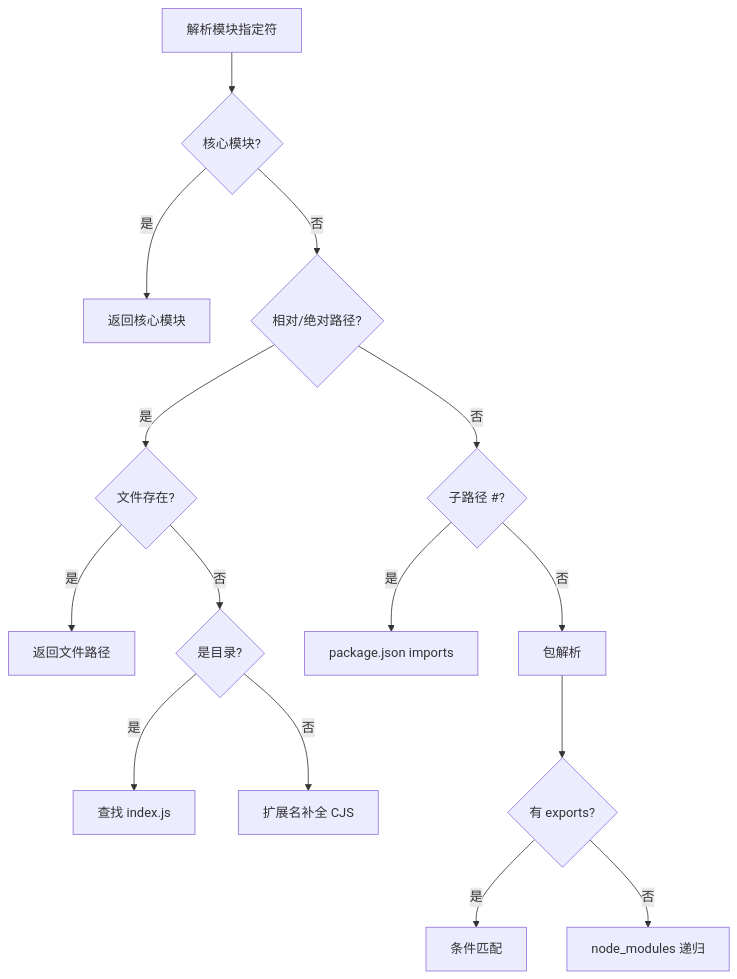
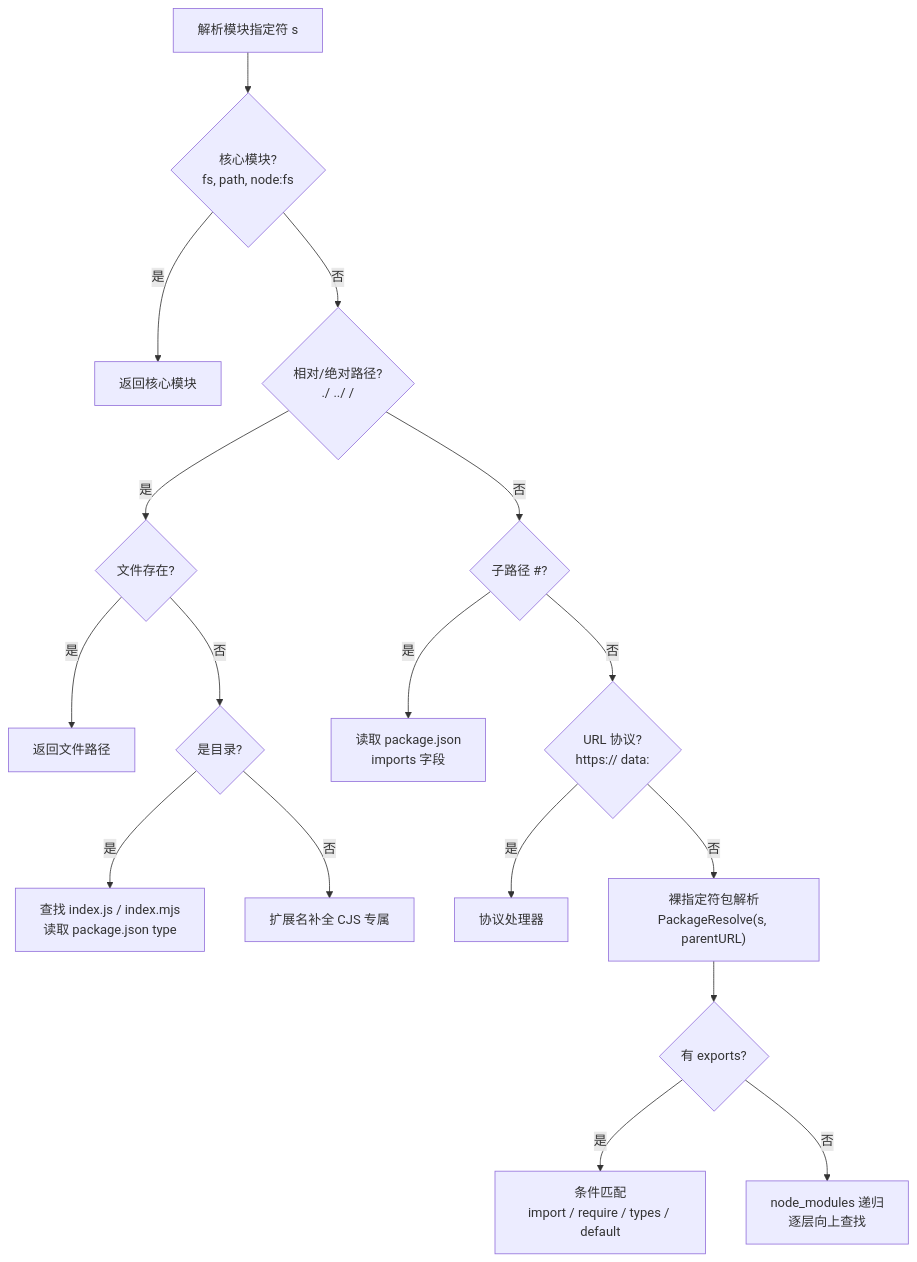
The fourth of 5 diagrams in 10-fundamentals/10.4-module-system/code-examples/05-module-resolution.md (AdaMartin18010/JavaScriptTypeScript), drawn with Mermaid before and after one commit. The commit also changed other lines of this file and 217 other files, not shown here.

````diff
--- a/10-fundamentals/10.4-module-system/code-examples/05-module-resolution.md
+++ b/10-fundamentals/10.4-module-system/code-examples/05-module-resolution.md
@@ -432,20 +907,22 @@
 ```mermaid
 graph TD
-    Start["解析模块指定符"] --> IsCore{"核心模块?"}
+    Start["解析模块指定符 s"] --> IsCore{"核心模块?<br/>fs, path, node:fs"}
     IsCore -->|是| Core["返回核心模块"]
-    IsCore -->|否| IsRelative{"相对/绝对路径?"}
+    IsCore -->|否| IsRelative{"相对/绝对路径?<br/>./ ../ /"}
 
     IsRelative -->|是| FileCheck{"文件存在?"}
     FileCheck -->|是| ReturnFile["返回文件路径"]
     FileCheck -->|否| DirCheck{"是目录?"}
-    DirCheck -->|是| IndexCheck["查找 index.js"]
-    DirCheck -->|否| ExtCheck["扩展名补全 CJS"]
+    DirCheck -->|是| IndexCheck["查找 index.js / index.mjs<br/>读取 package.json type"]
+    DirCheck -->|否| ExtCheck["扩展名补全 CJS 专属"]
 
     IsRelative -->|否| IsInternal{"子路径 #?"}
-    IsInternal -->|是| ImportsMap["package.json imports"]
-    IsInternal -->|否| PackageResolve["包解析"]
+    IsInternal -->|是| ImportsMap["读取 package.json<br/>imports 字段"]
+    IsInternal -->|否| IsURL{"URL 协议?<br/>https:// data:"}
+    IsURL -->|是| URLHandler["协议处理器"]
+    IsURL -->|否| PackageResolve["裸指定符包解析<br/>PackageResolve(s, parentURL)"]
 
     PackageResolve --> ExportsMap{"有 exports?"}
-    ExportsMap -->|是| MatchExport["条件匹配"]
-    ExportsMap -->|否| NodeModules["node_modules 递归"]
+    ExportsMap -->|是| MatchExport["条件匹配<br/>import / require / types / default"]
+    ExportsMap -->|否| NodeModules["node_modules 递归<br/>逐层向上查找"]
 ```
````
